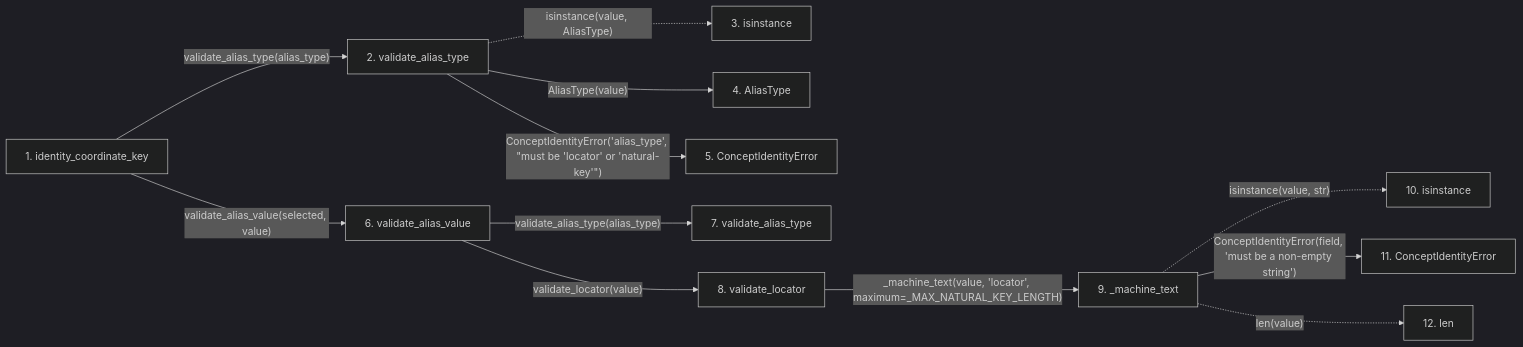
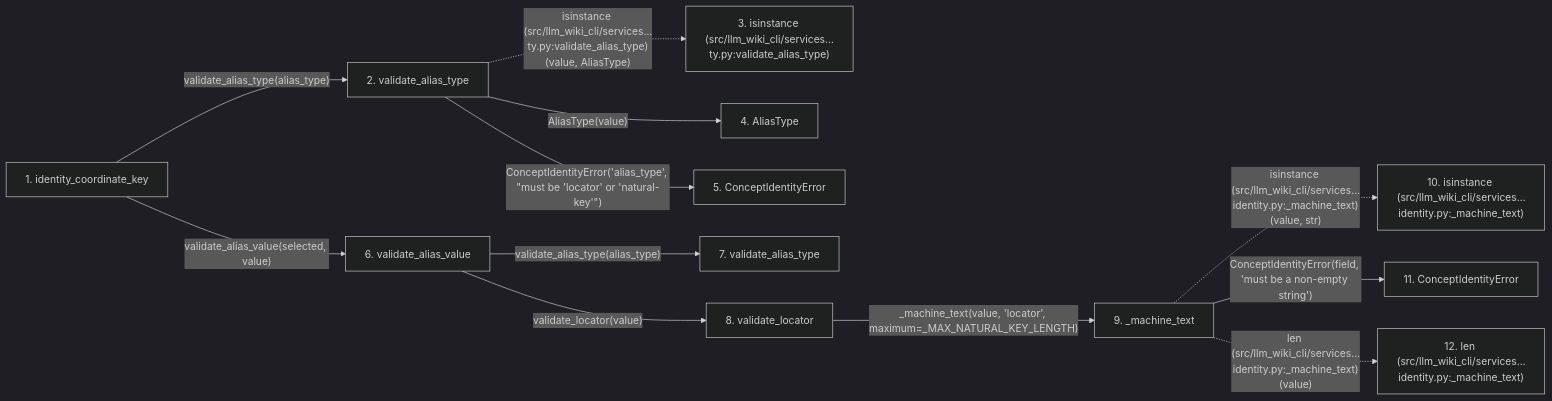
Before and after one commit to Denissvgn/python-wiki-llm: the second of 2 diagrams in docs/llm_wiki/flows/api-identity_coordinate_key.md, drawn with Mermaid (dark theme). The commit also changed other lines of this file and 719 other files, not shown here.

````diff
--- a/docs/llm_wiki/flows/api-identity_coordinate_key.md
+++ b/docs/llm_wiki/flows/api-identity_coordinate_key.md
@@ -71,35 +74,35 @@
 ```mermaid
 flowchart LR
     s1["1. identity_coordinate_key"]
     s2["2. validate_alias_type"]
-    s3["3. isinstance"]
+    s3["3. isinstance (src/llm_wiki_cli/services…ty.py:validate_alias_type)"]
     s4["4. AliasType"]
     s5["5. ConceptIdentityError"]
     s6["6. validate_alias_value"]
     s7["7. validate_alias_type"]
     s8["8. validate_locator"]
     s9["9. _machine_text"]
-    s10["10. isinstance"]
+    s10["10. isinstance (src/llm_wiki_cli/services…identity.py:_machine_text)"]
     s11["11. ConceptIdentityError"]
-    s12["12. len"]
+    s12["12. len (src/llm_wiki_cli/services…identity.py:_machine_text)"]
     s1 -->|"validate_alias_type(alias_type)"| s2
-    s2 -. "isinstance(value, AliasType)" .-> s3
+    s2 -. "isinstance (src/llm_wiki_cli/services…ty.py:validate_alias_type)(value, AliasType)" .-> s3
     s2 -->|"AliasType(value)"| s4
     s2 -->|"ConceptIdentityError('alias_type', #34;must be 'locator' or 'natural-key'#34;)"| s5
     s1 -->|"validate_alias_value(selected, value)"| s6
     s6 -->|"validate_alias_type(alias_type)"| s7
     s6 -->|"validate_locator(value)"| s8
     s8 -->|"_machine_text(value, 'locator', maximum=_MAX_NATURAL_KEY_LENGTH)"| s9
-    s9 -. "isinstance(value, str)" .-> s10
+    s9 -. "isinstance (src/llm_wiki_cli/services…identity.py:_machine_text)(value, str)" .-> s10
     s9 -->|"ConceptIdentityError(field, 'must be a non-empty string')"| s11
-    s9 -. "len(value)" .-> s12
+    s9 -. "len (src/llm_wiki_cli/services…identity.py:_machine_text)(value)" .-> s12
     click s1 "../modules/concept_identity.md"
     click s2 "../modules/concept_identity.md"
     click s4 "../modules/concept_identity.md"
     click s5 "../modules/concept_identity.md"
     click s6 "../modules/concept_identity.md"
     click s7 "../modules/concept_identity.md"
     click s8 "../modules/concept_identity.md"
     click s9 "../modules/concept_identity.md"
     click s11 "../modules/concept_identity.md"
 ```
````
